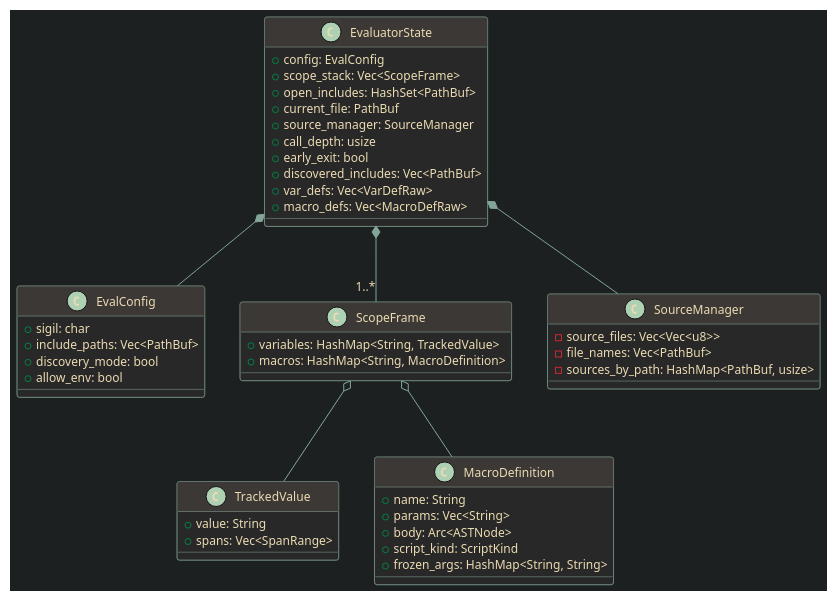
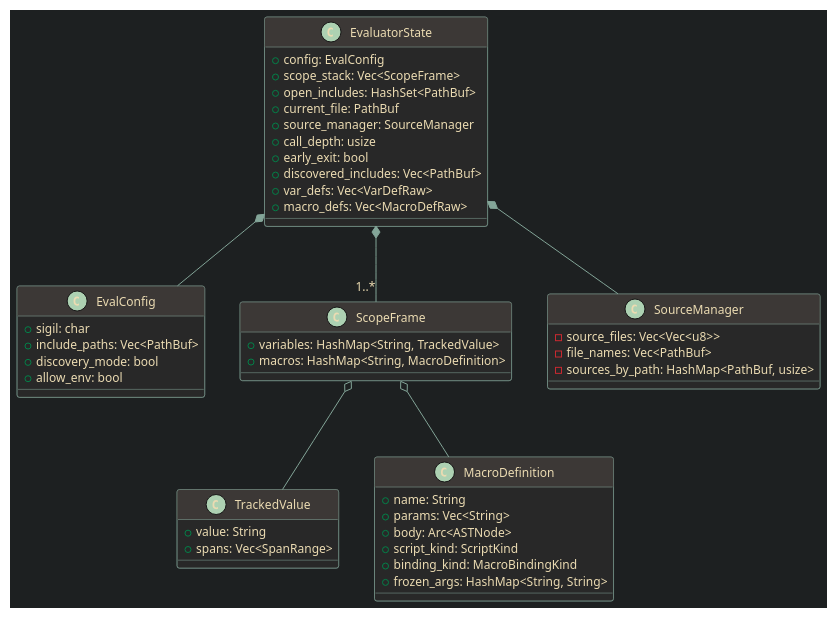
One commit to giannifer7/weaveback changed the diagram in crates/weaveback-macro/src/evaluator/state.adoc. Above: the diagram before and after it, drawn with PlantUML. The commit also changed other lines of this file and 22 other files, not shown here.

```diff
--- a/crates/weaveback-macro/src/evaluator/state.adoc
+++ b/crates/weaveback-macro/src/evaluator/state.adoc
@@ -54,64 +54,65 @@
 [plantuml,format=svg]
 ----
 @startuml
 skinparam backgroundColor #1d2021
 skinparam defaultFontColor #ebdbb2
 skinparam defaultFontSize 12
 skinparam ArrowColor #83a598
 skinparam ClassBorderColor #83a598
 skinparam ClassBackgroundColor #282828
 skinparam ClassFontColor #ebdbb2
 skinparam ClassHeaderBackgroundColor #3c3836
 skinparam ClassStereotypeFontColor #8ec07c
 
 class EvalConfig {
   +sigil: char
   +include_paths: Vec<PathBuf>
   +discovery_mode: bool
   +allow_env: bool
 }
 
 class ScopeFrame {
   +variables: HashMap<String, TrackedValue>
   +macros: HashMap<String, MacroDefinition>
 }
 
 class TrackedValue {
   +value: String
   +spans: Vec<SpanRange>
 }
 
 class MacroDefinition {
   +name: String
   +params: Vec<String>
   +body: Arc<ASTNode>
   +script_kind: ScriptKind
+  +binding_kind: MacroBindingKind
   +frozen_args: HashMap<String, String>
 }
 
 class SourceManager {
   -source_files: Vec<Vec<u8>>
   -file_names: Vec<PathBuf>
   -sources_by_path: HashMap<PathBuf, usize>
 }
 
 class EvaluatorState {
   +config: EvalConfig
   +scope_stack: Vec<ScopeFrame>
   +open_includes: HashSet<PathBuf>
   +current_file: PathBuf
   +source_manager: SourceManager
   +call_depth: usize
   +early_exit: bool
   +discovered_includes: Vec<PathBuf>
   +var_defs: Vec<VarDefRaw>
   +macro_defs: Vec<MacroDefRaw>
 }
 
 EvaluatorState *-- EvalConfig
 EvaluatorState *-- "1..*" ScopeFrame
 EvaluatorState *-- SourceManager
 ScopeFrame o-- TrackedValue
 ScopeFrame o-- MacroDefinition
 @enduml
 ----
```
